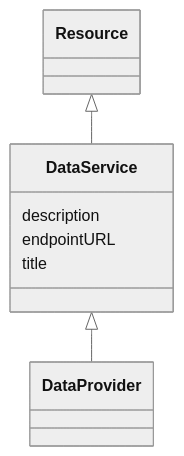
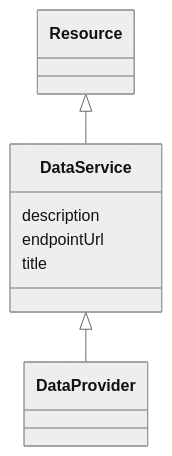
One commit to EVORA-project/evora-ontology changed the diagram in models/docs/DataService.md. Above: the diagram before and after it, drawn with Mermaid (neutral theme). The commit also changed other lines of this file and 650 other files, not shown here.

````diff
--- a/models/docs/DataService.md
+++ b/models/docs/DataService.md
@@ -21,20 +21,20 @@
 ```mermaid
  classDiagram
     class DataService
     click DataService href "../DataService"
       Resource <|-- DataService
         click Resource href "../Resource"
       
 
       DataService <|-- DataProvider
         click DataProvider href "../DataProvider"
       
       
       DataService : description
         
-      DataService : endpointURL
+      DataService : endpointUrl
         
       DataService : title
         
       
 ```
````
